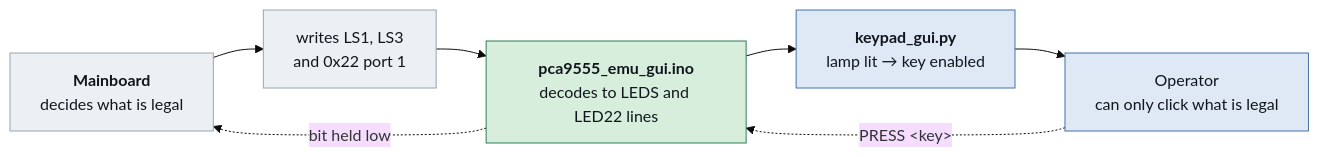
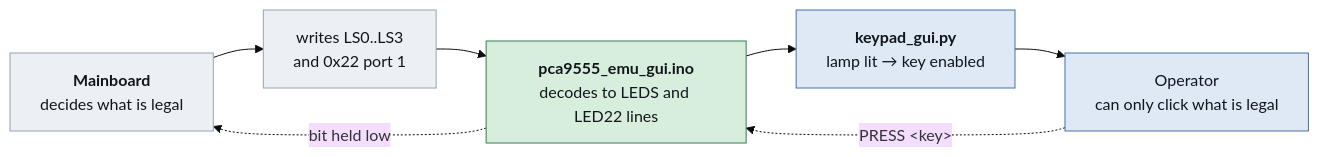
The diagram in firmware/pca9555_emu_gui/README.md (coport-uni/SpinCoaterAutomation_I2C), drawn with Mermaid (base theme) before and after one commit. The commit also changed other lines of this file and 4 other files, not shown here.

````diff
--- a/firmware/pca9555_emu_gui/README.md
+++ b/firmware/pca9555_emu_gui/README.md
@@ -29,19 +35,19 @@
 ```mermaid
 flowchart LR
     MB["<b>Mainboard</b><br/>decides what is legal"]
-    W["writes LS1, LS3<br/>and 0x22 port 1"]
+    W["writes LS0..LS3<br/>and 0x22 port 1"]
     EMU["<b>pca9555_emu_gui.ino</b><br/>decodes to LEDS and LED22 lines"]
     GUI["<b>keypad_gui.py</b><br/>lamp lit → key enabled"]
     OP["Operator<br/>can only click what is legal"]
 
     MB --> W --> EMU --> GUI --> OP
     OP -.->|"PRESS &lt;key&gt;"| EMU
     EMU -.->|"bit held low"| MB
 
     classDef ext fill:#eceff3,stroke:#9aa3b0,color:#11161d
     classDef dev fill:#d8eedd,stroke:#2f7d55,color:#11161d
     classDef pc fill:#dfe8f5,stroke:#4571a8,color:#11161d
     class MB,W ext
     class EMU dev
     class GUI,OP pc
 ```
````
